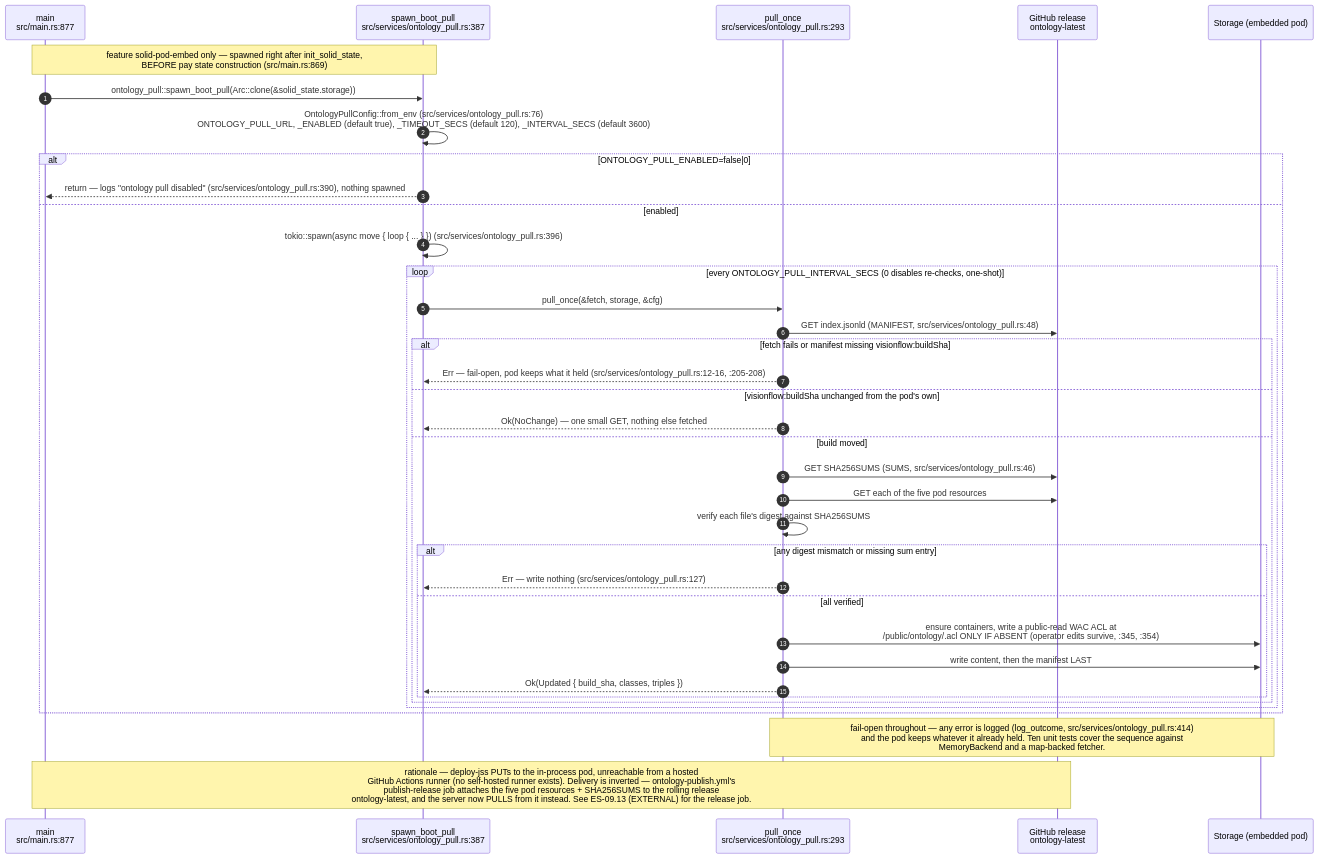
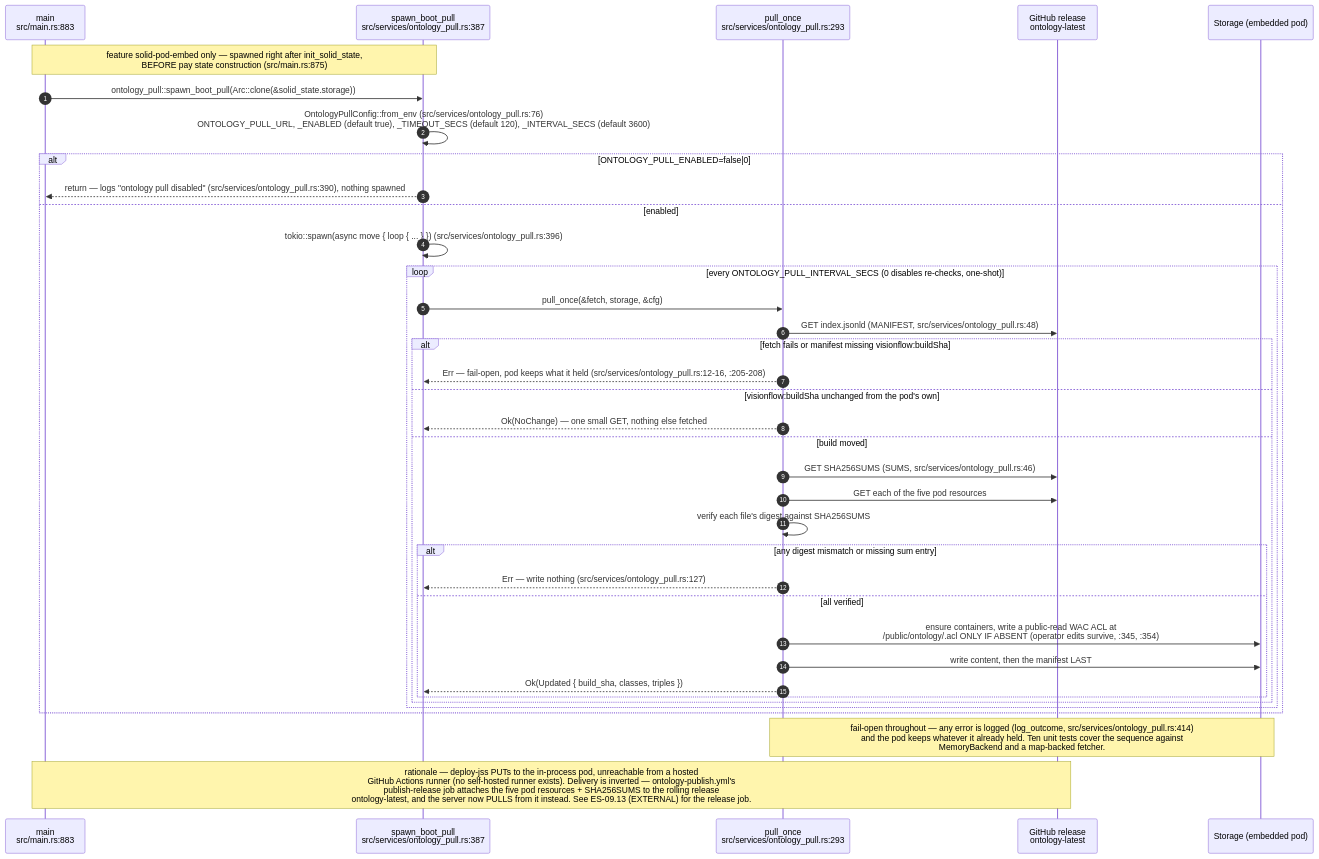
One commit to DreamLab-AI/VisionFlow changed diagram 15 of 15 in docs/diagrams/visionclaw/01-boot-and-app-state.md. Above: the diagram before and after it, drawn with Mermaid. The commit also changed other lines of this file and 32 other files, not shown here.

````diff
--- a/docs/diagrams/visionclaw/01-boot-and-app-state.md
+++ b/docs/diagrams/visionclaw/01-boot-and-app-state.md
@@ -524,40 +524,40 @@
 ```mermaid
 sequenceDiagram
     autonumber
-    participant M as main<br/>src/main.rs:877
+    participant M as main<br/>src/main.rs:883
     participant SB as spawn_boot_pull<br/>src/services/ontology_pull.rs:387
     participant PO as pull_once<br/>src/services/ontology_pull.rs:293
     participant GH as GitHub release<br/>ontology-latest
     participant ST as Storage (embedded pod)
 
-    Note over M,SB: feature solid-pod-embed only — spawned right after init_solid_state,<br/>BEFORE pay state construction (src/main.rs:869)
+    Note over M,SB: feature solid-pod-embed only — spawned right after init_solid_state,<br/>BEFORE pay state construction (src/main.rs:875)
     M->>SB: ontology_pull::spawn_boot_pull(Arc::clone(&solid_state.storage))
     SB->>SB: OntologyPullConfig::from_env (src/services/ontology_pull.rs:76)<br/>ONTOLOGY_PULL_URL, _ENABLED (default true), _TIMEOUT_SECS (default 120), _INTERVAL_SECS (default 3600)
     alt ONTOLOGY_PULL_ENABLED=false|0
         SB-->>M: return — logs "ontology pull disabled" (src/services/ontology_pull.rs:390), nothing spawned
     else enabled
         SB->>SB: tokio::spawn(async move { loop { ... } }) (src/services/ontology_pull.rs:396)
         loop every ONTOLOGY_PULL_INTERVAL_SECS (0 disables re-checks, one-shot)
             SB->>PO: pull_once(&fetch, storage, &cfg)
             PO->>GH: GET index.jsonld (MANIFEST, src/services/ontology_pull.rs:48)
             alt fetch fails or manifest missing visionflow:buildSha
                 PO-->>SB: Err — fail-open, pod keeps what it held (src/services/ontology_pull.rs:12-16, :205-208)
             else visionflow:buildSha unchanged from the pod's own
                 PO-->>SB: Ok(NoChange) — one small GET, nothing else fetched
             else build moved
                 PO->>GH: GET SHA256SUMS (SUMS, src/services/ontology_pull.rs:46)
                 PO->>GH: GET each of the five pod resources
                 PO->>PO: verify each file's digest against SHA256SUMS
                 alt any digest mismatch or missing sum entry
                     PO-->>SB: Err — write nothing (src/services/ontology_pull.rs:127)
                 else all verified
                     PO->>ST: ensure containers, write a public-read WAC ACL at<br/>/public/ontology/.acl ONLY IF ABSENT (operator edits survive, :345, :354)
                     PO->>ST: write content, then the manifest LAST
                     PO-->>SB: Ok(Updated { build_sha, classes, triples })
                 end
             end
         end
     end
     Note over PO,ST: fail-open throughout — any error is logged (log_outcome, src/services/ontology_pull.rs:414)<br/>and the pod keeps whatever it already held. Ten unit tests cover the sequence against<br/>MemoryBackend and a map-backed fetcher.
     Note over M,GH: rationale — deploy-jss PUTs to the in-process pod, unreachable from a hosted<br/>GitHub Actions runner (no self-hosted runner exists). Delivery is inverted — ontology-publish.yml's<br/>publish-release job attaches the five pod resources + SHA256SUMS to the rolling release<br/>ontology-latest, and the server now PULLS from it instead. See ES-09.13 (EXTERNAL) for the release job.
 ```
````
